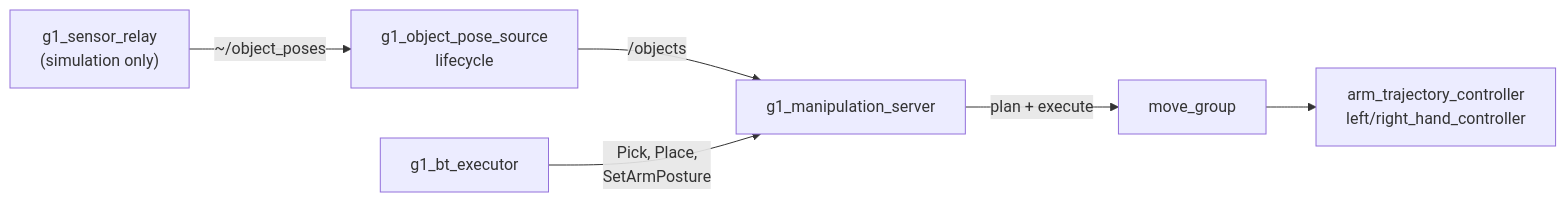
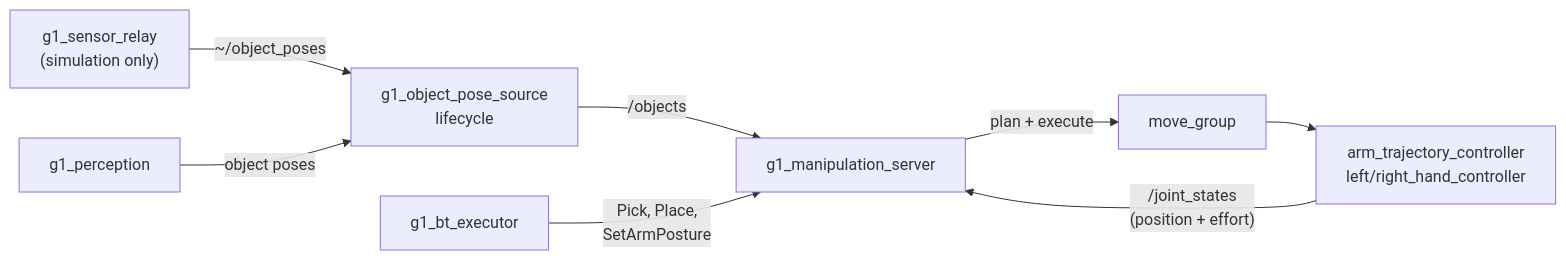
Before and after one commit to Adyansh04/grove-g1: the diagram in workspace/src/g1_manipulation/README.md, drawn with Mermaid. The commit also changed other lines of this file and 327 other files, not shown here.

````diff
--- a/workspace/src/g1_manipulation/README.md
+++ b/workspace/src/g1_manipulation/README.md
@@ -8,8 +6,10 @@
 ```mermaid
 flowchart LR
     REL["g1_sensor_relay<br/>(simulation only)"] -- "~/object_poses" --> SRC
+    PER["g1_perception"] -- "object poses" --> SRC
     SRC["g1_object_pose_source<br/>lifecycle"] -- "/objects" --> SRV
     BT["g1_bt_executor"] -- "Pick, Place,<br/>SetArmPosture" --> SRV
     SRV["g1_manipulation_server"] -- "plan + execute" --> MG["move_group"]
     MG --> JTC["arm_trajectory_controller<br/>left/right_hand_controller"]
+    JTC -- "/joint_states<br/>(position + effort)" --> SRV
 ```
````
